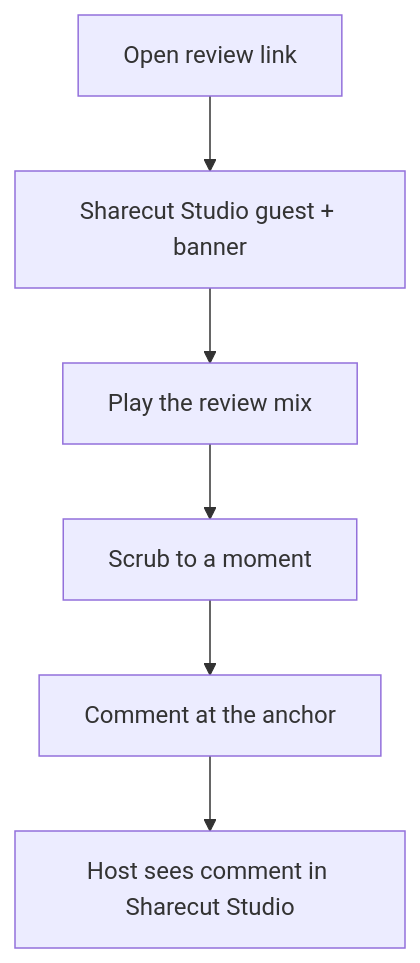
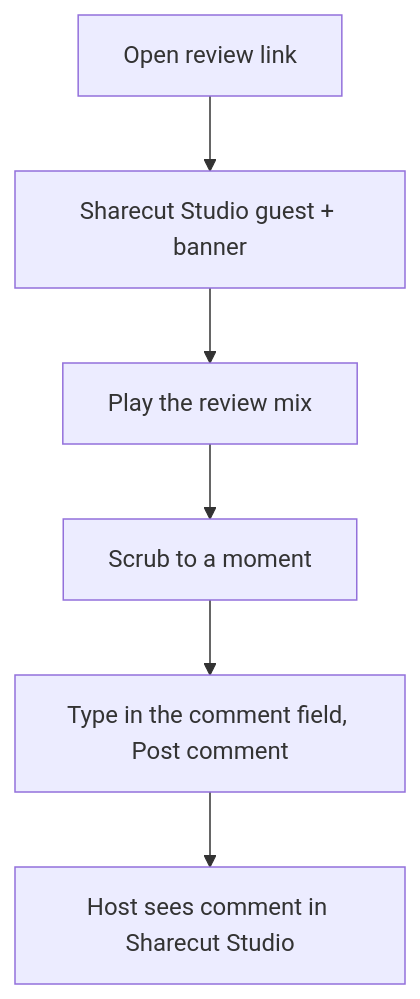
The first of 6 diagrams in ux/pages/guest-journeys.md (calebn/sharecut-studio), drawn with Mermaid before and after one commit. The commit also changed other lines of this file and 5 other files, not shown here.

Commit message:
docs: the comment field, comment time and first-run guest journey

````diff
--- a/ux/pages/guest-journeys.md
+++ b/ux/pages/guest-journeys.md
@@ -18,8 +18,8 @@
 ```mermaid
 flowchart TD
   open[Open review link] --> daw[Sharecut Studio guest + banner]
   daw --> play[Play the review mix]
   play --> scrub[Scrub to a moment]
-  scrub --> note[Comment at the anchor]
+  scrub --> note[Type in the comment field, Post comment]
   note --> done[Host sees comment in Sharecut Studio]
 ```
````
